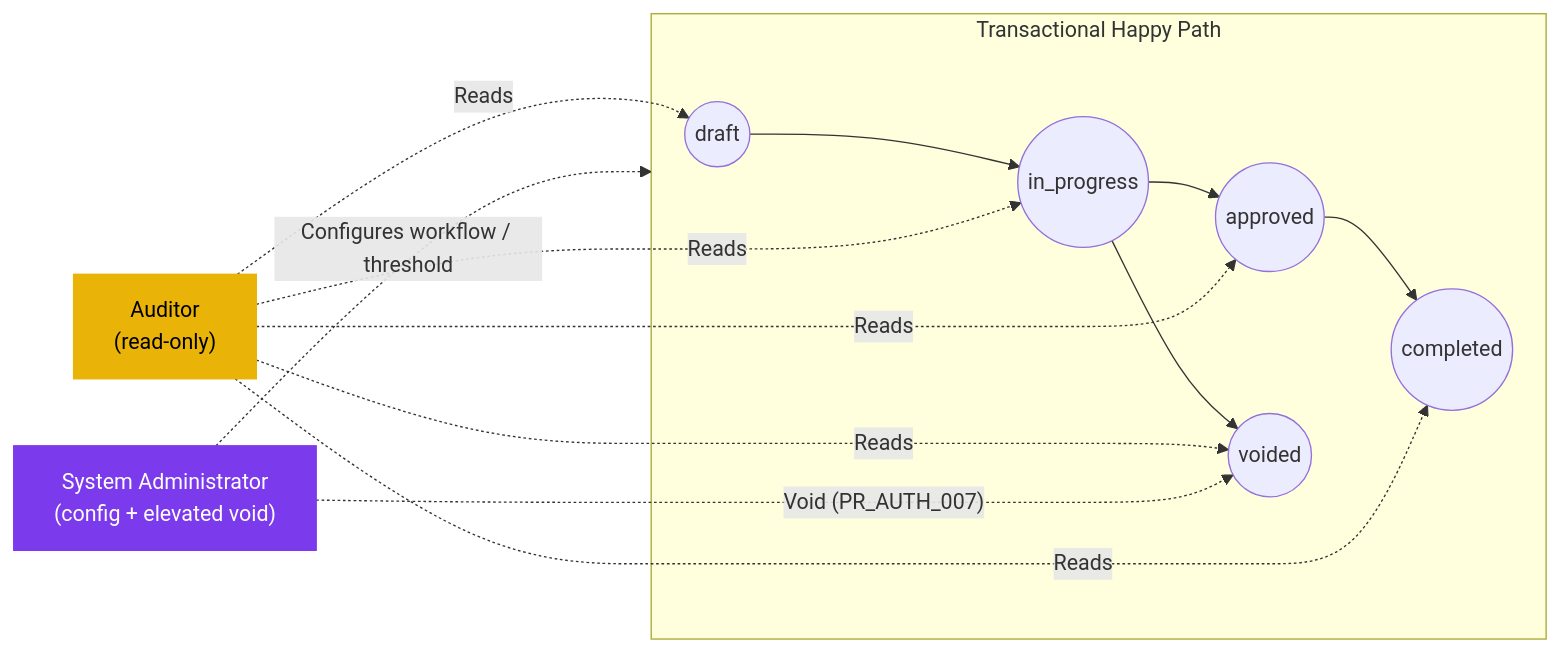
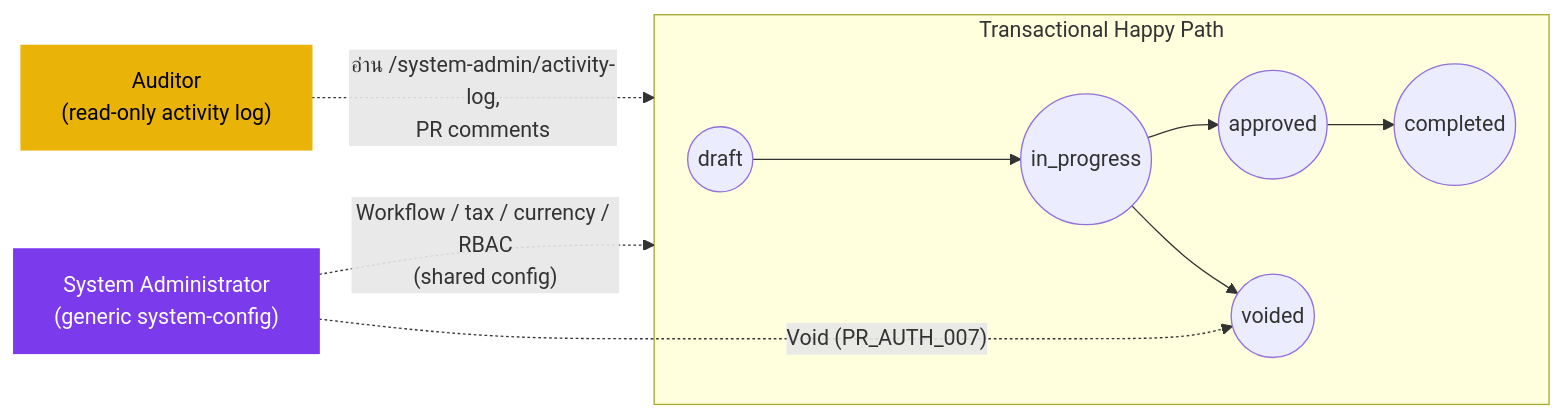
The diagram in th/inventory/purchase-request/03-user-flow-audit-config.md (CarmenSoftware-organization/carmen-wiki), drawn with Mermaid before and after one commit. The commit also changed other lines of this file and 21 other files, not shown here.

Commit message:
docs(resync): task-2 cleanup — PR audit-config correction pages, accepted_qty residual, review minors

````diff
--- a/th/inventory/purchase-request/03-user-flow-audit-config.md
+++ b/th/inventory/purchase-request/03-user-flow-audit-config.md
@@ -23,18 +34,14 @@
 ```mermaid
 graph LR
     subgraph transactional["Transactional Happy Path"]
         draft(("draft")) --> inprog(("in_progress"))
         inprog --> approved(("approved"))
         approved --> completed(("completed"))
         inprog --> voided(("voided"))
     end
-    auditor["Auditor<br/>(read-only)"]:::audit -.->|"Reads"| draft
-    auditor -.->|"Reads"| inprog
-    auditor -.->|"Reads"| approved
-    auditor -.->|"Reads"| completed
-    auditor -.->|"Reads"| voided
-    sysadmin["System Administrator<br/>(config + elevated void)"]:::cfg -.->|"Configures workflow / threshold"| transactional
-    sysadmin -.->|"Void (PR_AUTH_007)"| voided(("voided"))
+    auditor["Auditor<br/>(read-only activity log)"]:::audit -.->|"อ่าน /system-admin/activity-log,<br/>PR comments"| transactional
+    sysadmin["System Administrator<br/>(generic system-config)"]:::cfg -.->|"Workflow / tax / currency / RBAC<br/>(shared config)"| transactional
+    sysadmin -.->|"Void (PR_AUTH_007)"| voided
     classDef audit fill:#eab308,color:#000,stroke:#eab308;
     classDef cfg fill:#7c3aed,color:#fff,stroke:#7c3aed;
 ```
````
